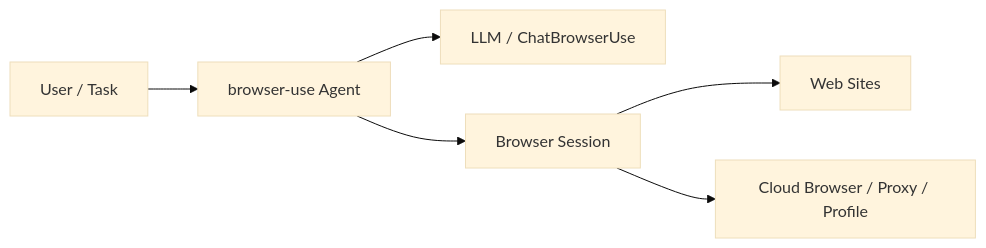
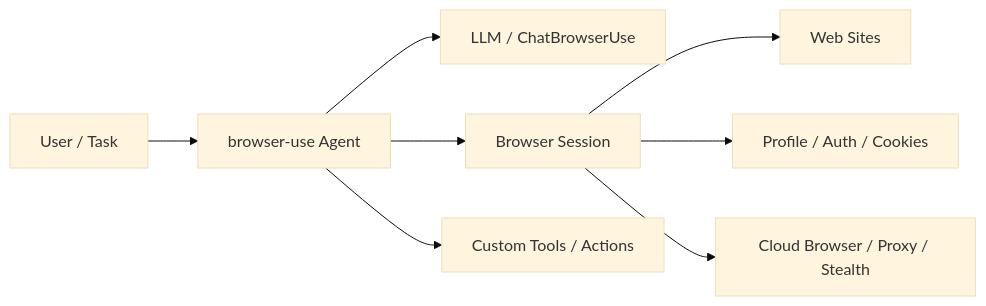
The first of 2 diagrams in 01-Areas/AI-Open-Source/03-Projects/browser-use.md (superliyang/tony-2026), drawn with Mermaid (base theme) before and after one commit. The commit also changed other lines of this file and 7 other files, not shown here.

````diff
--- a/01-Areas/AI-Open-Source/03-Projects/browser-use.md
+++ b/01-Areas/AI-Open-Source/03-Projects/browser-use.md
@@ -81,8 +130,10 @@
 ```mermaid
 flowchart LR
   U["User / Task"] --> AG["browser-use Agent"]
   AG --> LLM["LLM / ChatBrowserUse"]
   AG --> BR["Browser Session"]
   BR --> WEB["Web Sites"]
-  BR --> CLOUD["Cloud Browser / Proxy / Profile"]
+  BR --> PROF["Profile / Auth / Cookies"]
+  BR --> CLOUD["Cloud Browser / Proxy / Stealth"]
+  AG --> TOOLS["Custom Tools / Actions"]
 ```
````
